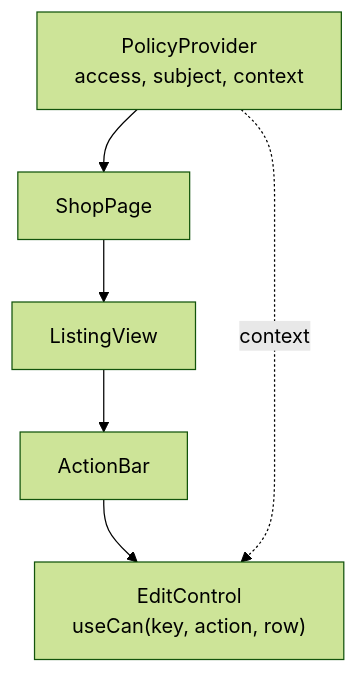
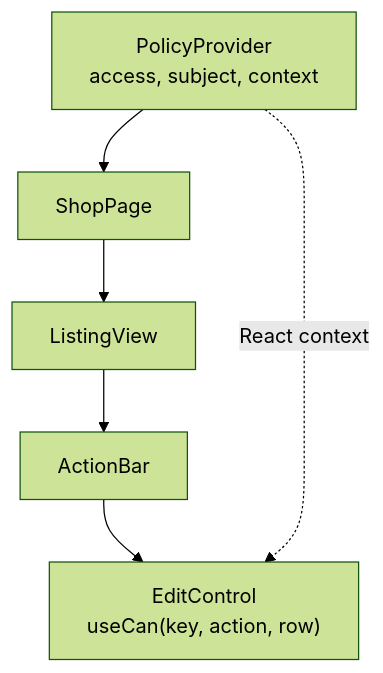
One commit to Evanion/libraries changed the diagram in apps/docs/content/react-acl/index.mdx. Above: the diagram before and after it, drawn with Mermaid (forest theme). The commit also changed other lines of this file and 4 other files, not shown here.

````diff
--- a/apps/docs/content/react-acl/index.mdx
+++ b/apps/docs/content/react-acl/index.mdx
@@ -35,8 +36,8 @@
 ```mermaid caption="One PolicyProvider holds the evaluator, the shopper and the instant. ShopPage, ListingView and ActionBar pass none of the three, and EditControl reads all three out of context when it calls useCan."
 flowchart TD
   P["PolicyProvider<br>access, subject, context"] --> S["ShopPage"]
   S --> L["ListingView"]
   L --> A["ActionBar"]
   A --> E["EditControl<br>useCan(key, action, row)"]:::accent
-  P -. "context" .-> E
+  P -. "React context" .-> E
 ```
````
